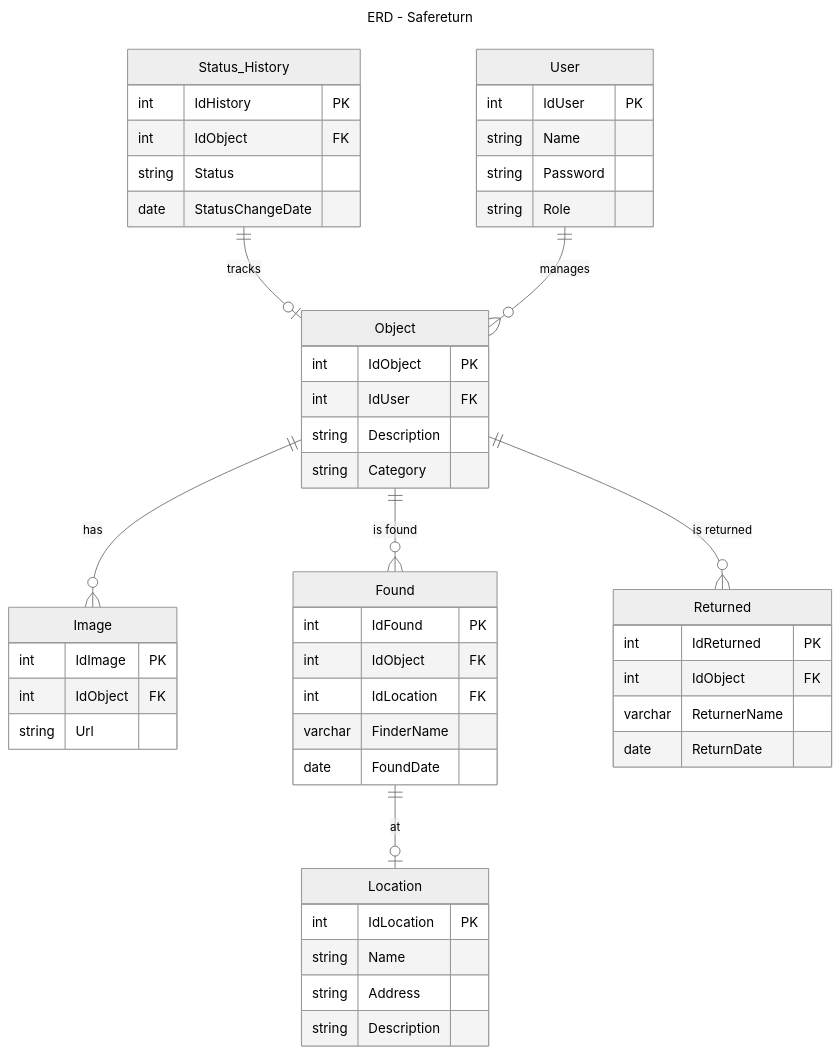
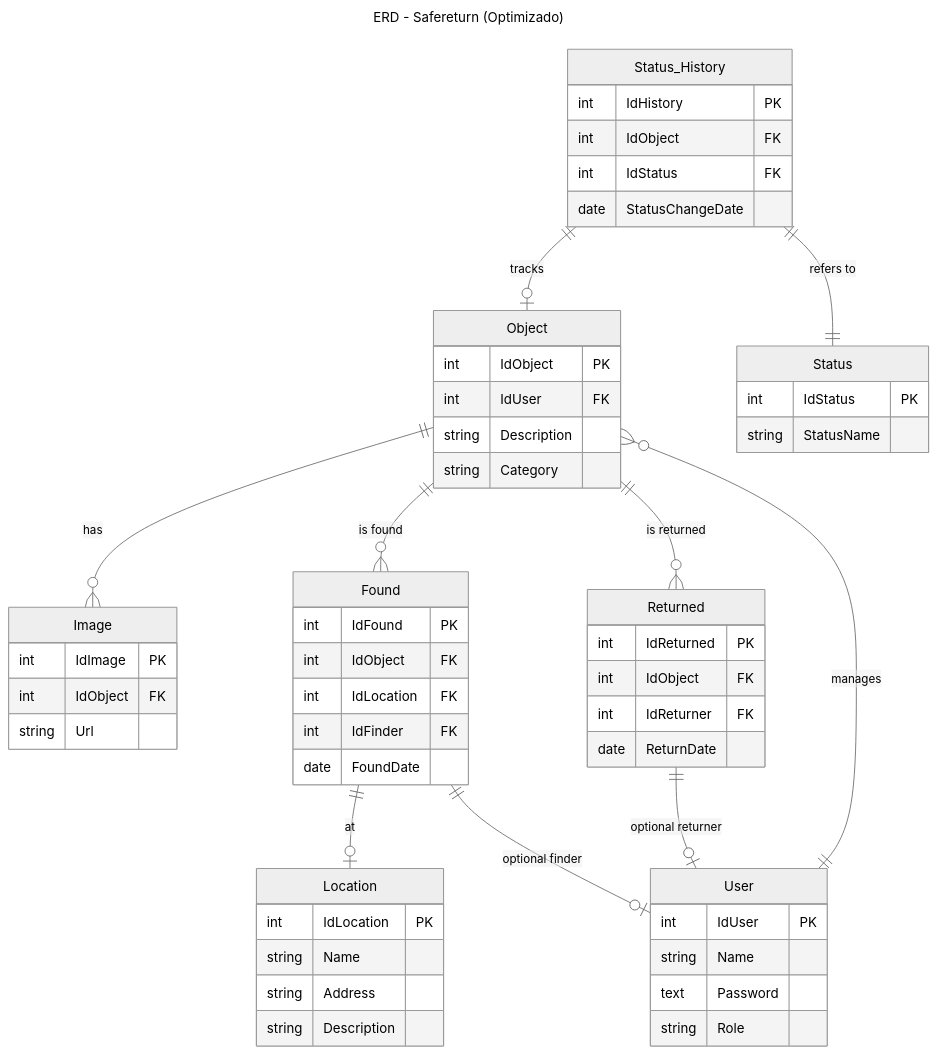
One commit to hharieta/safereturn changed the diagram in ER-Diagram.md. Above: the diagram before and after it, drawn with Mermaid (neutral theme). The commit also changed 10 other files, not shown here.

````diff
--- a/ER-Diagram.md
+++ b/ER-Diagram.md
@@ -3,62 +3,71 @@
 ```mermaid
 ---
-title: ERD - Safereturn
+title: ERD - Safereturn (Optimizado)
 ---
 erDiagram
     Object {
         int IdObject PK
         int IdUser FK
         string Description
         string Category
     }
 
     Image {
         int IdImage PK
         int IdObject FK
         string Url
     }
 
     Location {
         int IdLocation PK
         string Name
         string Address
         string Description
     }
 
     Found {
         int IdFound PK
         int IdObject FK
         int IdLocation FK
-        varchar FinderName
+        int IdFinder FK
         date FoundDate
     }
 
     Returned {
         int IdReturned PK
         int IdObject FK
-        varchar ReturnerName
+        int IdReturner FK 
         date ReturnDate
     }
 
     Status_History {
         int IdHistory PK
         int IdObject FK
-        string Status
+        int IdStatus FK 
         date StatusChangeDate
     }
 
     User {
         int IdUser PK
         string Name
-        string Password
+        text Password 
         string Role
+    }
+
+    Status {
+        int IdStatus PK
+        string StatusName
     }
 
     %% Relationships
     Object ||--o{ Image: "has"
     Object ||--o{ Found: "is found"
     Object ||--o{ Returned: "is returned"
     Found ||--o| Location: "at"
     Status_History ||--o| Object: "tracks"
+    Status_History ||--|| Status: "refers to"
     User ||--o{ Object: "manages"
+    Found ||--|o User: "optional finder"
+    Returned ||--|o User: "optional returner"
+
 ```
````
